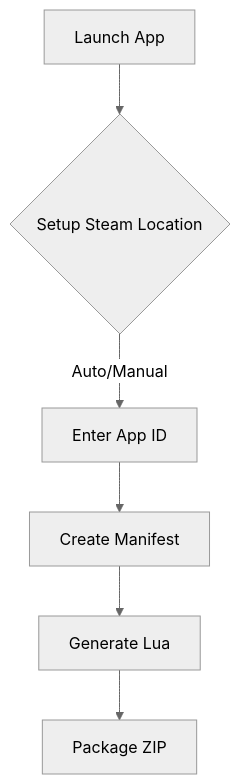
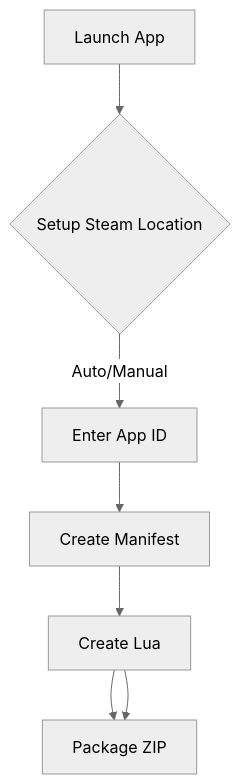
The diagram in README.md (toxichome-whoami/manifest_dumper_release), drawn with Mermaid (neutral theme) before and after one commit.

````diff
--- a/README.md
+++ b/README.md
@@ -42,8 +42,9 @@
 ```mermaid
 graph TD
     A[Launch App] --> B{Setup Steam Location}
     B -->|Auto/Manual| C[Enter App ID]
     C --> D[Create Manifest]
-    D --> E[Generate Lua]
+    D --> E[Create Lua]
+    E --> F[.lua to .st]
     E --> F[Package ZIP]
 ```
````
